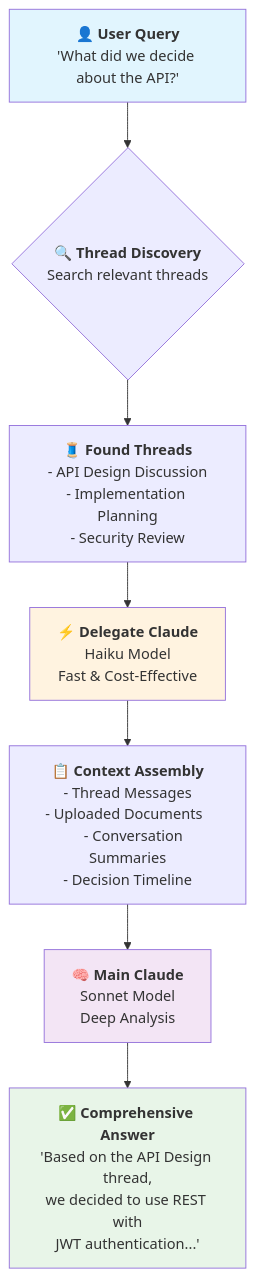
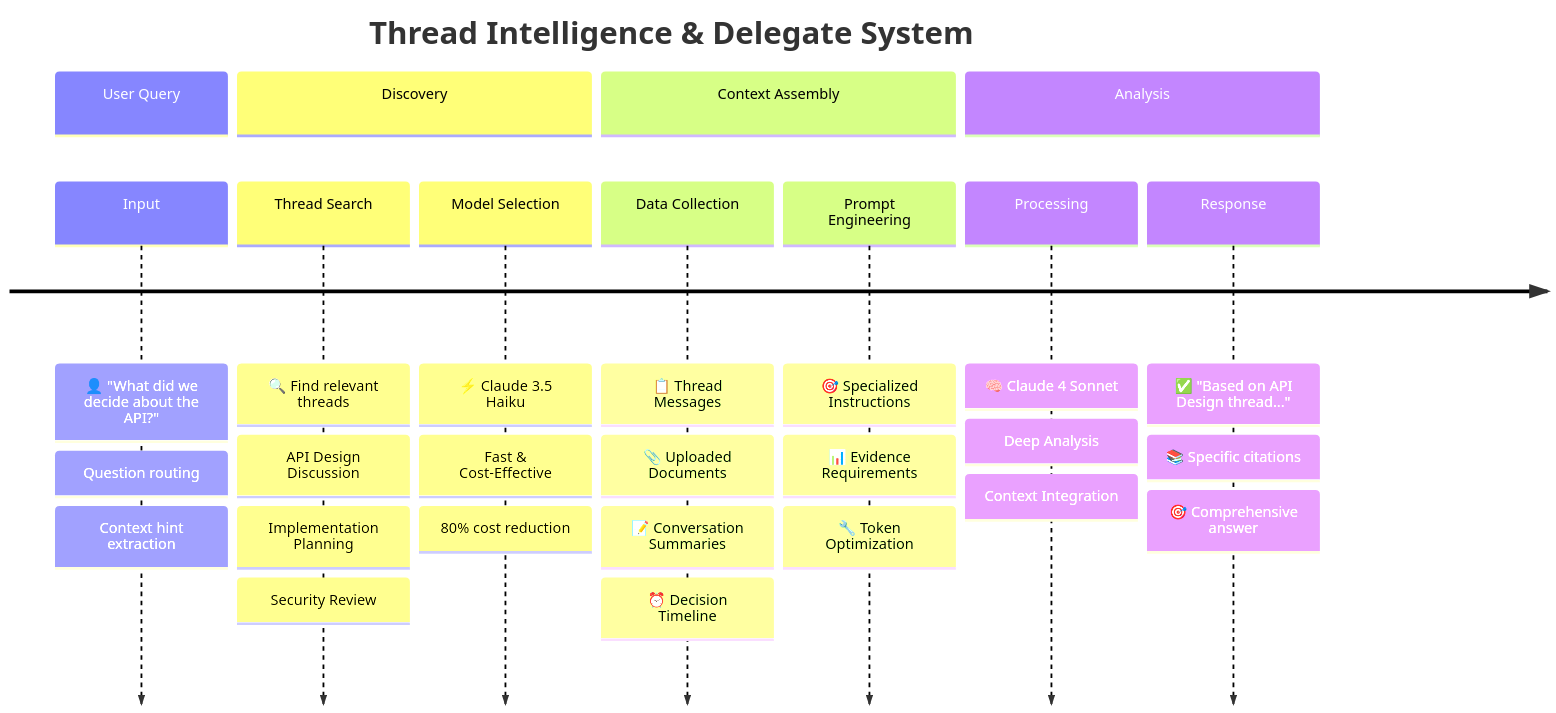
One commit to Surebob/discord-claude changed the third of 13 diagrams in README.md. Above: the diagram before and after it, drawn with Mermaid. The commit also changed other lines of this file, not shown here.

````diff
--- a/README.md
+++ b/README.md
@@ -130,35 +140,38 @@
 ```mermaid
-flowchart TD
-    A["`👤 **User Query**
-    'What did we decide about the API?'`"] --> B{"`🔍 **Thread Discovery**
-    Search relevant threads`"}
+timeline
+    title Thread Intelligence & Delegate System
     
-    B --> C["`🧵 **Found Threads**
-    - API Design Discussion
-    - Implementation Planning
-    - Security Review`"]
+    section User Query
+        Input : 👤 "What did we decide about the API?"
+              : Question routing
+              : Context hint extraction
     
-    C --> D["`⚡ **Delegate Claude**
-    Haiku Model
-    Fast & Cost-Effective`"]
+    section Discovery
+        Thread Search : 🔍 Find relevant threads
+                      : API Design Discussion
+                      : Implementation Planning  
+                      : Security Review
+        
+        Model Selection : ⚡ Claude 3.5 Haiku
+                       : Fast & Cost-Effective
+                       : 80% cost reduction
     
-    D --> E["`📋 **Context Assembly**
-    - Thread Messages
-    - Uploaded Documents  
-    - Conversation Summaries
-    - Decision Timeline`"]
+    section Context Assembly
+        Data Collection : 📋 Thread Messages
+                       : 📎 Uploaded Documents
+                       : 📝 Conversation Summaries
+                       : ⏰ Decision Timeline
+        
+        Prompt Engineering : 🎯 Specialized Instructions
+                           : 📊 Evidence Requirements
+                           : 🔧 Token Optimization
     
-    E --> F["`🧠 **Main Claude**
-    Sonnet Model
-    Deep Analysis`"]
-    
-    F --> G["`✅ **Comprehensive Answer**
-    'Based on the API Design thread,
-    we decided to use REST with
-    JWT authentication...'`"]
-    
-    style A fill:#e1f5fe
-    style D fill:#fff3e0
-    style F fill:#f3e5f5
-    style G fill:#e8f5e8
+    section Analysis
+        Processing : 🧠 Claude 4 Sonnet
+                  : Deep Analysis
+                  : Context Integration
+        
+        Response : ✅ "Based on API Design thread..."
+                : 📚 Specific citations
+                : 🎯 Comprehensive answer
 ```
````
